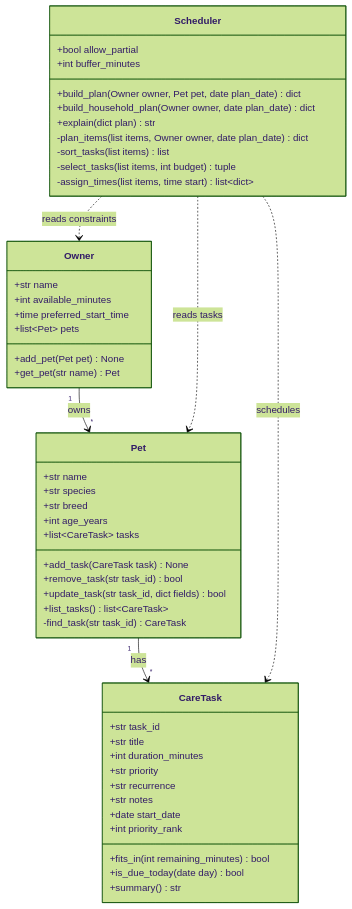
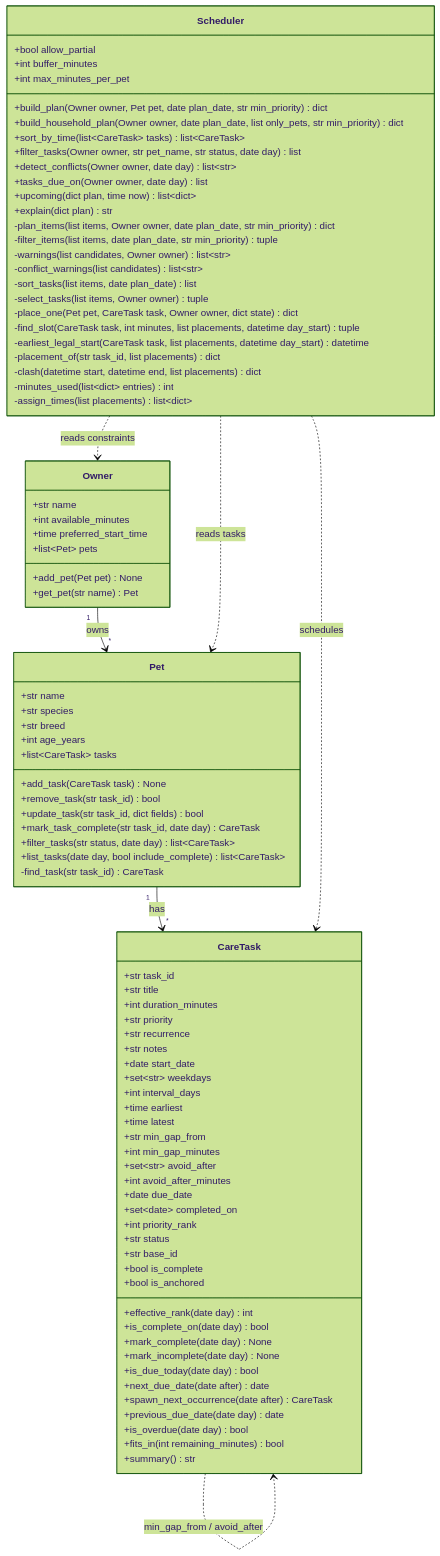
The diagram in diagrams/uml.mmd (bukkybune/ai110-module2show-pawpal-starter), drawn with Mermaid (forest theme) before and after one commit. The commit also changed 6 other files, not shown here.

```diff
--- a/diagrams/uml.mmd
+++ b/diagrams/uml.mmd
@@ -1,57 +1,97 @@
 classDiagram
     %% PawPal+ class design
     %% Keep this file updated so it matches your final implementation.
 
     class Owner {
         +str name
         +int available_minutes
         +time preferred_start_time
         +list~Pet~ pets
         +add_pet(Pet pet) None
         +get_pet(str name) Pet
     }
 
     class Pet {
         +str name
         +str species
         +str breed
         +int age_years
         +list~CareTask~ tasks
         +add_task(CareTask task) None
         +remove_task(str task_id) bool
         +update_task(str task_id, dict fields) bool
-        +list_tasks() list~CareTask~
+        +mark_task_complete(str task_id, date day) CareTask
+        +filter_tasks(str status, date day) list~CareTask~
+        +list_tasks(date day, bool include_complete) list~CareTask~
         -find_task(str task_id) CareTask
     }
 
     class CareTask {
         +str task_id
         +str title
         +int duration_minutes
         +str priority
         +str recurrence
         +str notes
         +date start_date
+        +set~str~ weekdays
+        +int interval_days
+        +time earliest
+        +time latest
+        +str min_gap_from
+        +int min_gap_minutes
+        +set~str~ avoid_after
+        +int avoid_after_minutes
+        +date due_date
+        +set~date~ completed_on
         +int priority_rank
+        +str status
+        +str base_id
+        +bool is_complete
+        +bool is_anchored
+        +effective_rank(date day) int
+        +is_complete_on(date day) bool
+        +mark_complete(date day) None
+        +mark_incomplete(date day) None
+        +is_due_today(date day) bool
+        +next_due_date(date after) date
+        +spawn_next_occurrence(date after) CareTask
+        +previous_due_date(date day) date
+        +is_overdue(date day) bool
         +fits_in(int remaining_minutes) bool
-        +is_due_today(date day) bool
         +summary() str
     }
 
     class Scheduler {
         +bool allow_partial
         +int buffer_minutes
-        +build_plan(Owner owner, Pet pet, date plan_date) dict
-        +build_household_plan(Owner owner, date plan_date) dict
+        +int max_minutes_per_pet
+        +build_plan(Owner owner, Pet pet, date plan_date, str min_priority) dict
+        +build_household_plan(Owner owner, date plan_date, list only_pets, str min_priority) dict
+        +sort_by_time(list~CareTask~ tasks) list~CareTask~
+        +filter_tasks(Owner owner, str pet_name, str status, date day) list
+        +detect_conflicts(Owner owner, date day) list~str~
+        +tasks_due_on(Owner owner, date day) list
+        +upcoming(dict plan, time now) list~dict~
         +explain(dict plan) str
-        -plan_items(list items, Owner owner, date plan_date) dict
-        -sort_tasks(list items) list
-        -select_tasks(list items, int budget) tuple
-        -assign_times(list items, time start) list~dict~
+        -plan_items(list items, Owner owner, date plan_date, str min_priority) dict
+        -filter_items(list items, date plan_date, str min_priority) tuple
+        -warnings(list candidates, Owner owner) list~str~
+        -conflict_warnings(list candidates) list~str~
+        -sort_tasks(list items, date plan_date) list
+        -select_tasks(list items, Owner owner) tuple
+        -place_one(Pet pet, CareTask task, Owner owner, dict state) dict
+        -find_slot(CareTask task, int minutes, list placements, datetime day_start) tuple
+        -earliest_legal_start(CareTask task, list placements, datetime day_start) datetime
+        -placement_of(str task_id, list placements) dict
+        -clash(datetime start, datetime end, list placements) dict
+        -minutes_used(list~dict~ entries) int
+        -assign_times(list placements) list~dict~
     }
 
     Owner "1" --> "*" Pet : owns
     Pet "1" --> "*" CareTask : has
+    CareTask ..> CareTask : min_gap_from / avoid_after
     Scheduler ..> Owner : reads constraints
     Scheduler ..> Pet : reads tasks
     Scheduler ..> CareTask : schedules
```
